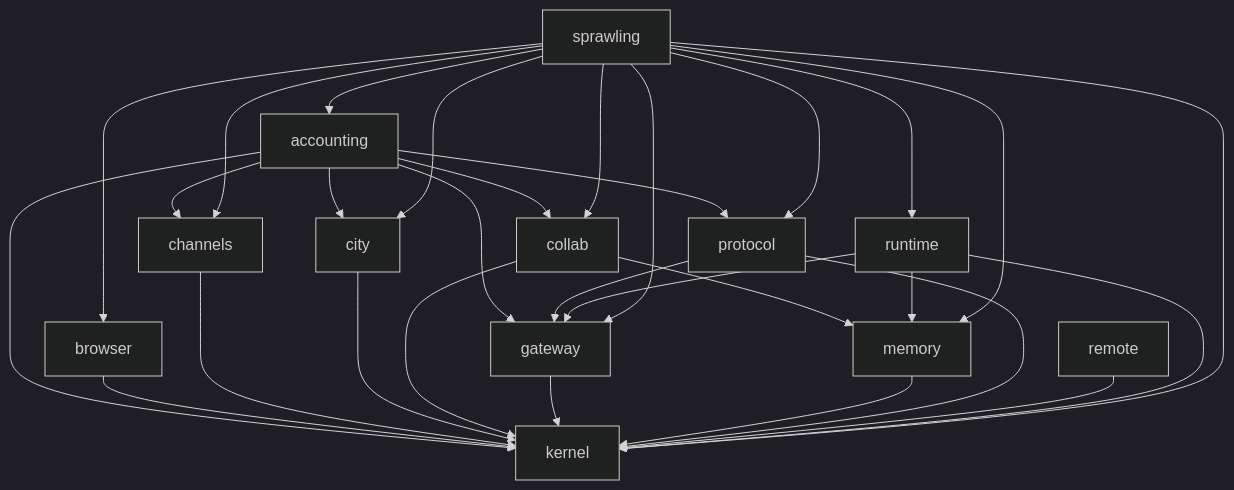
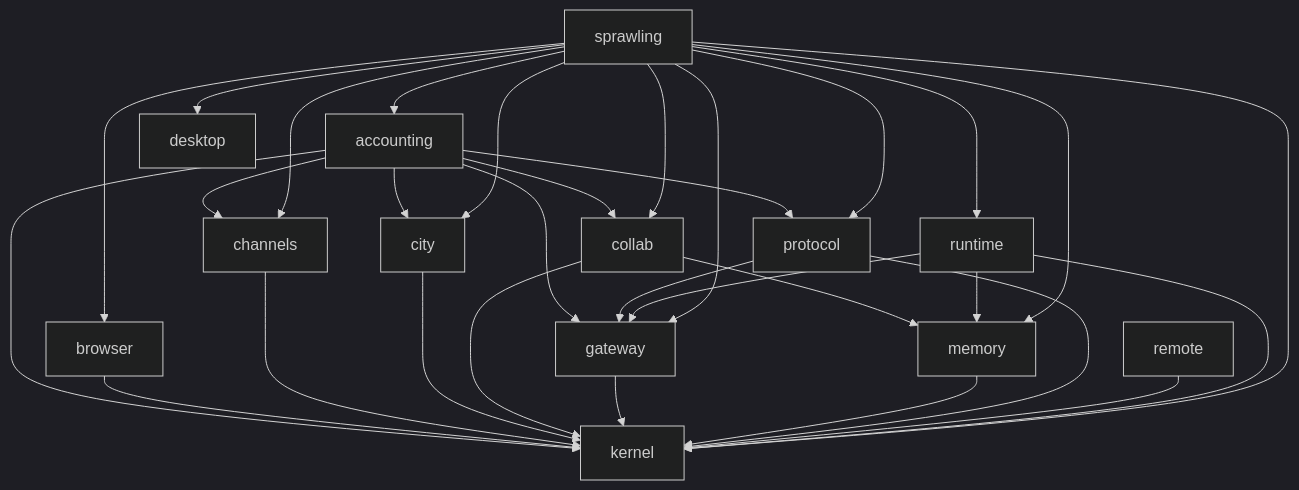
One commit to 2youg1/sprawling-agents changed the first of 8 diagrams in ARCHITECTURE.md. Above: the diagram before and after it, drawn with Mermaid (dark theme). The commit also changed other lines of this file and 4 other files, not shown here.

````diff
--- a/ARCHITECTURE.md
+++ b/ARCHITECTURE.md
@@ -739,33 +745,35 @@
 ```mermaid
 flowchart TD
     accounting --> channels
     accounting --> city
     accounting --> collab
     accounting --> gateway
     accounting --> kernel
     accounting --> protocol
     browser --> kernel
     channels --> kernel
     city --> kernel
     collab --> kernel
     collab --> memory
+    desktop
     gateway --> kernel
     kernel
     memory --> kernel
     protocol --> gateway
     protocol --> kernel
     remote --> kernel
     runtime --> gateway
     runtime --> kernel
     runtime --> memory
     sprawling --> accounting
     sprawling --> browser
     sprawling --> channels
     sprawling --> city
     sprawling --> collab
+    sprawling --> desktop
     sprawling --> gateway
     sprawling --> kernel
     sprawling --> memory
     sprawling --> protocol
     sprawling --> runtime
 ```
````
